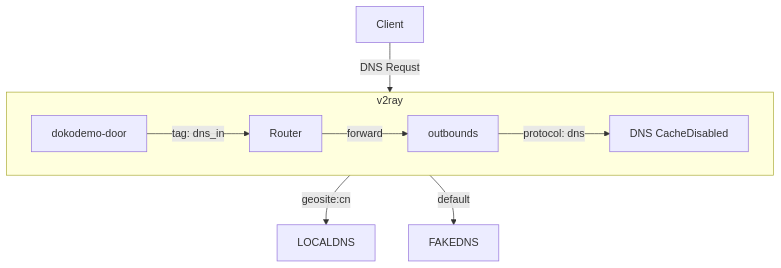
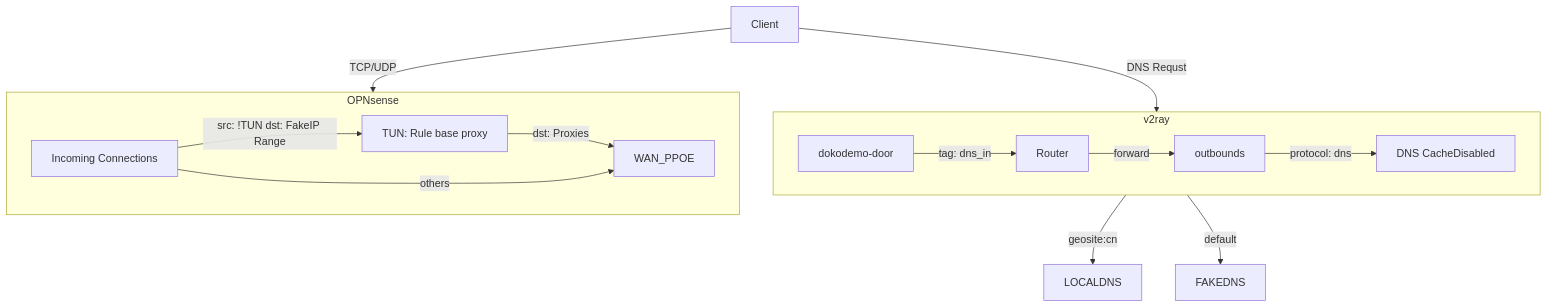
One commit to Quart233/gateway changed the diagram in diagram.mermaid. Above: the diagram before and after it, drawn with Mermaid.

Commit message:
feat(mermaid): Add routes part

```diff
--- a/diagram.mermaid
+++ b/diagram.mermaid
@@ -1,10 +1,17 @@
 flowchart TD
 
     Client -->|DNS Requst| v2ray
 
     subgraph v2ray
         inbounds[dokodemo-door] -->|tag: dns_in| Router -->|forward| outbounds -->|protocol: dns| DNS[DNS CacheDisabled]
     end
 
     v2ray -->|geosite:cn| LOCALDNS
     v2ray -->|default| FAKEDNS
+
+    Client -->|TCP/UDP| Gateway
+
+    subgraph Gateway[OPNsense]
+        LAN[Incoming Connections] --> |src: !TUN dst: FakeIP Range| TUN[TUN: Rule base proxy] -->|dst: Proxies| WAN_PPOE
+        LAN --> |others|WAN_PPOE
+    end
```
